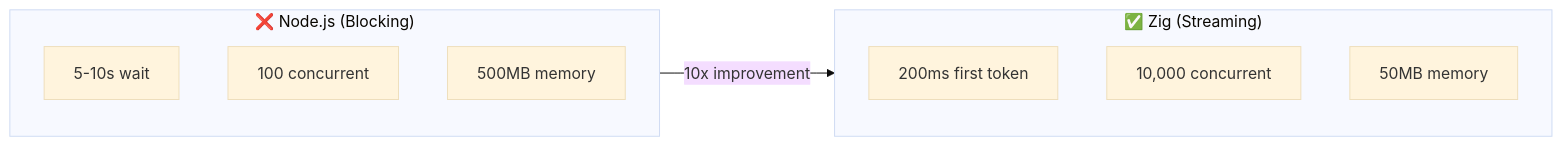
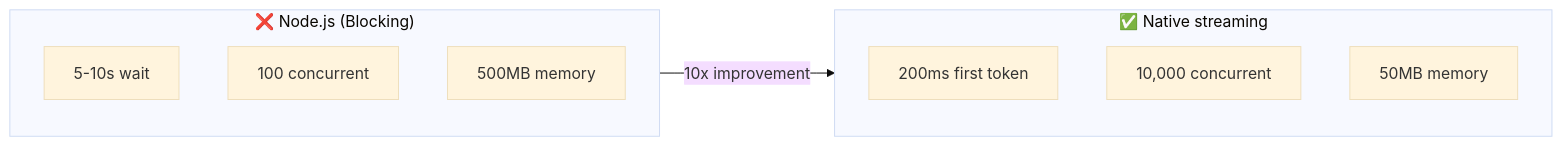
One commit to GJKarthik/sap-oss-v1 changed the fifth of 7 diagrams in docs/business-briefs/05-oss-adaptation-strategy.md. Above: the diagram before and after it, drawn with Mermaid (base theme). The commit also changed other lines of this file and 2548 other files, not shown here.

````diff
--- a/docs/business-briefs/05-oss-adaptation-strategy.md
+++ b/docs/business-briefs/05-oss-adaptation-strategy.md
@@ -123,16 +123,16 @@
 ```mermaid
 flowchart LR
     subgraph Before["❌ Node.js (Blocking)"]
         N1["5-10s wait"]
         N2["100 concurrent"]
         N3["500MB memory"]
     end
     
-    subgraph After["✅ Zig (Streaming)"]
+    subgraph After["✅ Native streaming"]
         Z1["200ms first token"]
         Z2["10,000 concurrent"]
         Z3["50MB memory"]
     end
     
     Before --> |"10x improvement"| After
 ```
````
